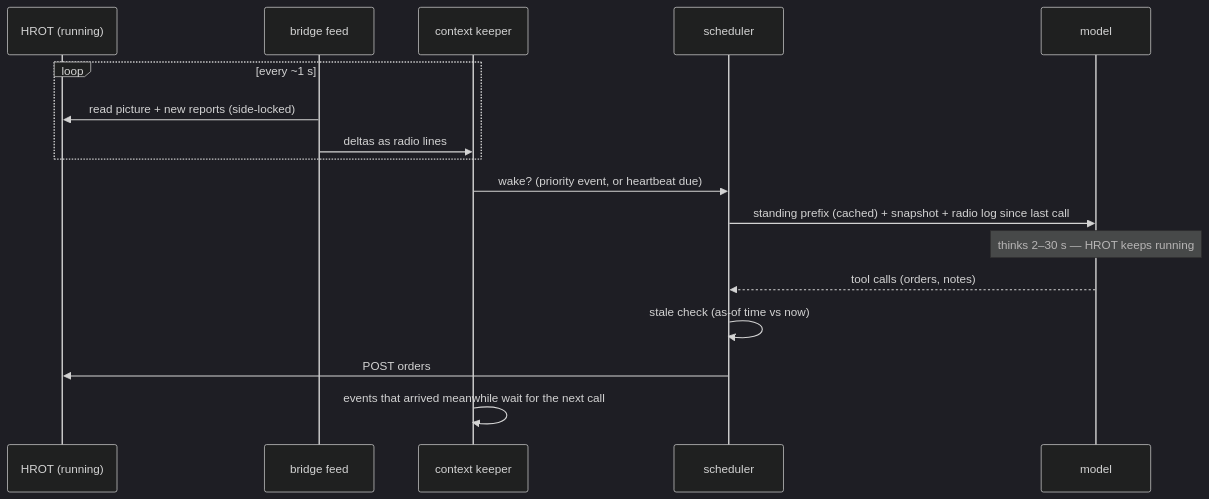
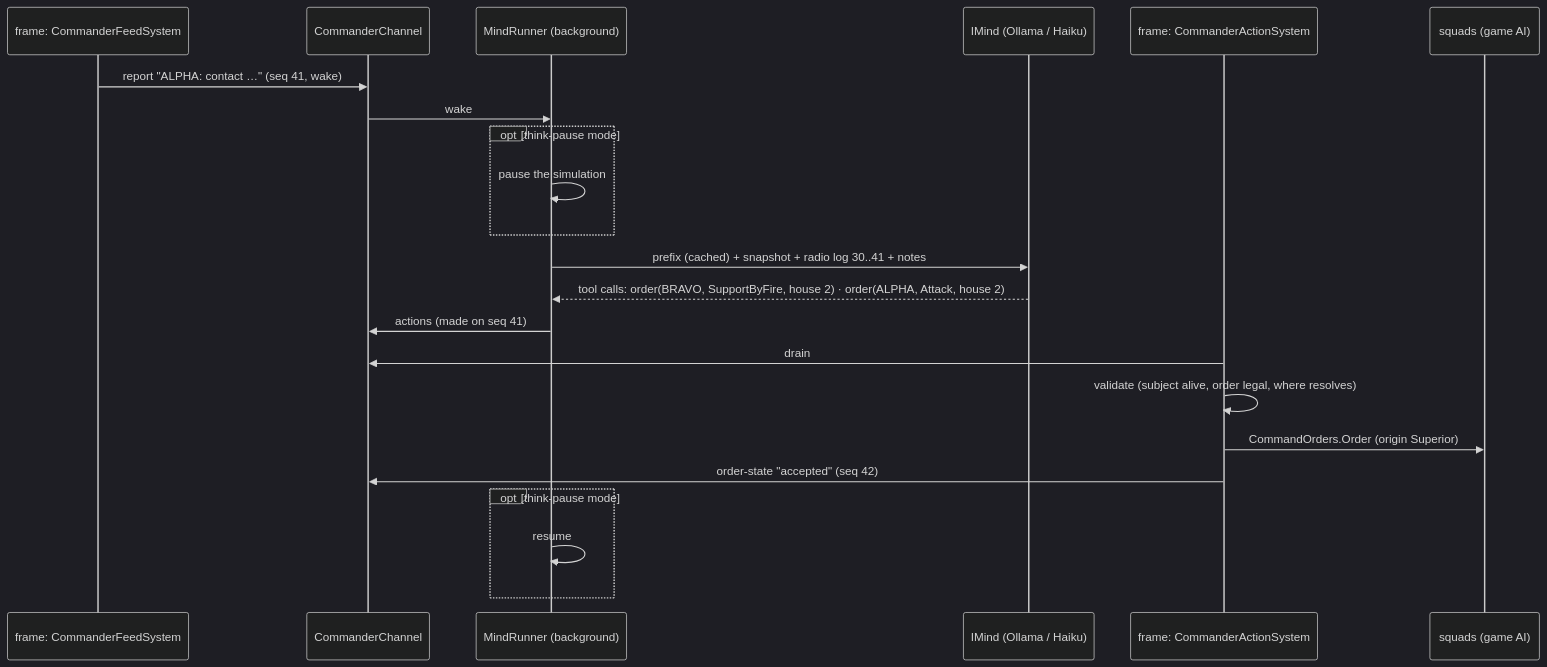
One commit to pjanec/HROT changed the third of 3 diagrams in docs/designs/llm-commander/DESIGN_LLM_Commander.md. Above: the diagram before and after it, drawn with Mermaid (dark theme). The commit also changed other lines of this file and 1 other file, not shown here.

First line of the commit message:
Design (preliminary, rev 2): the LLM commander bridge inside HROT — a platoon commander first, the feed stream, scripted / Haiku worker / Ollama minds

````diff
--- a/docs/designs/llm-commander/DESIGN_LLM_Commander.md
+++ b/docs/designs/llm-commander/DESIGN_LLM_Commander.md
@@ -90,19 +179,24 @@
 ```mermaid
 sequenceDiagram
-  participant H as HROT (running)
-  participant F as bridge feed
-  participant C as context keeper
-  participant S as scheduler
-  participant M as model
-  loop every ~1 s
-    F->>H: read picture + new reports (side-locked)
-    F->>C: deltas as radio lines
+  participant F as frame: CommanderFeedSystem
+  participant C as CommanderChannel
+  participant R as MindRunner (background)
+  participant M as IMind (Ollama / Haiku)
+  participant A as frame: CommanderActionSystem
+  participant S as squads (game AI)
+  F->>C: report "ALPHA: contact …" (seq 41, wake)
+  C->>R: wake
+  opt think-pause mode
+    R->>R: pause the simulation
   end
-  C->>S: wake? (priority event, or heartbeat due)
-  S->>M: standing prefix (cached) + snapshot + radio log since last call
-  Note over M: thinks 2–30 s — HROT keeps running
-  M-->>S: tool calls (orders, notes)
-  S->>S: stale check (as-of time vs now)
-  S->>H: POST orders
-  C->>C: events that arrived meanwhile wait for the next call
+  R->>M: prefix (cached) + snapshot + radio log 30..41 + notes
+  M-->>R: tool calls: order(BRAVO, SupportByFire, house 2) · order(ALPHA, Attack, house 2)
+  R->>C: actions (made on seq 41)
+  A->>C: drain
+  A->>A: validate (subject alive, order legal, where resolves)
+  A->>S: CommandOrders.Order (origin Superior)
+  A->>C: order-state "accepted" (seq 42)
+  opt think-pause mode
+    R->>R: resume
+  end
 ```
````
